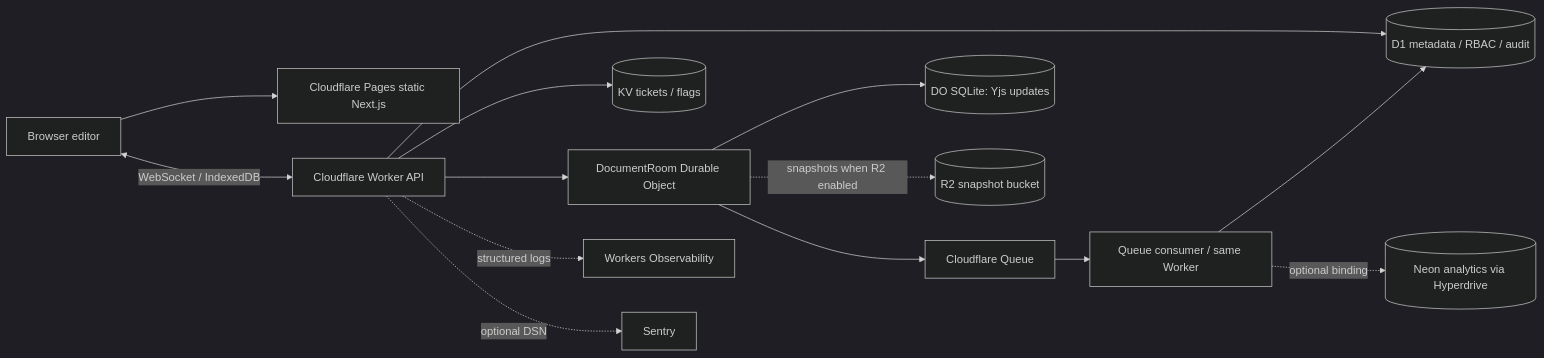
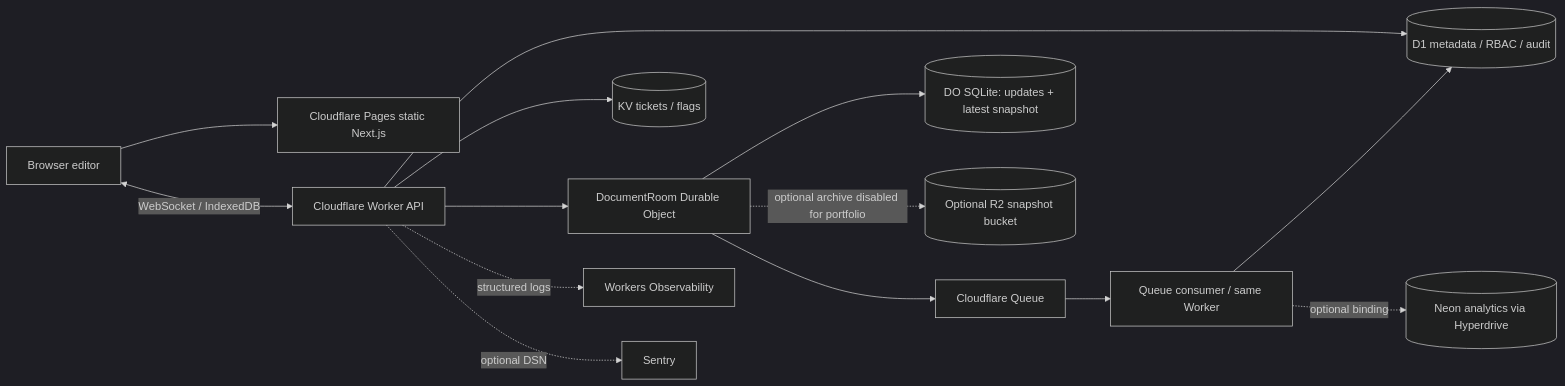
The diagram in docs/architecture.mmd (b-1-o/cloud-project), drawn with Mermaid (dark theme) before and after one commit. The commit also changed 5 other files, not shown here.

Commit message:
docs: make R2 archival optional for portfolio deployment

```diff
--- a/docs/architecture.mmd
+++ b/docs/architecture.mmd
@@ -1,14 +1,14 @@
 flowchart LR
   Browser[Browser editor] --> Pages[Cloudflare Pages static Next.js]
   Browser <-->|WebSocket / IndexedDB| API[Cloudflare Worker API]
   API --> D1[(D1 metadata / RBAC / audit)]
   API --> KV[(KV tickets / flags)]
   API --> DO[DocumentRoom Durable Object]
-  DO --> SQLite[(DO SQLite: Yjs updates)]
-  DO -. snapshots when R2 enabled .-> R2[(R2 snapshot bucket)]
+  DO --> SQLite[(DO SQLite: updates + latest snapshot)]
+  DO -. optional archive disabled for portfolio .-> R2[(Optional R2 snapshot bucket)]
   DO --> Q[Cloudflare Queue]
   Q --> Consumer[Queue consumer / same Worker]
   Consumer --> D1
   Consumer -. optional binding .-> Neon[(Neon analytics via Hyperdrive)]
   API -. structured logs .-> Obs[Workers Observability]
   API -. optional DSN .-> Sentry[Sentry]
```
